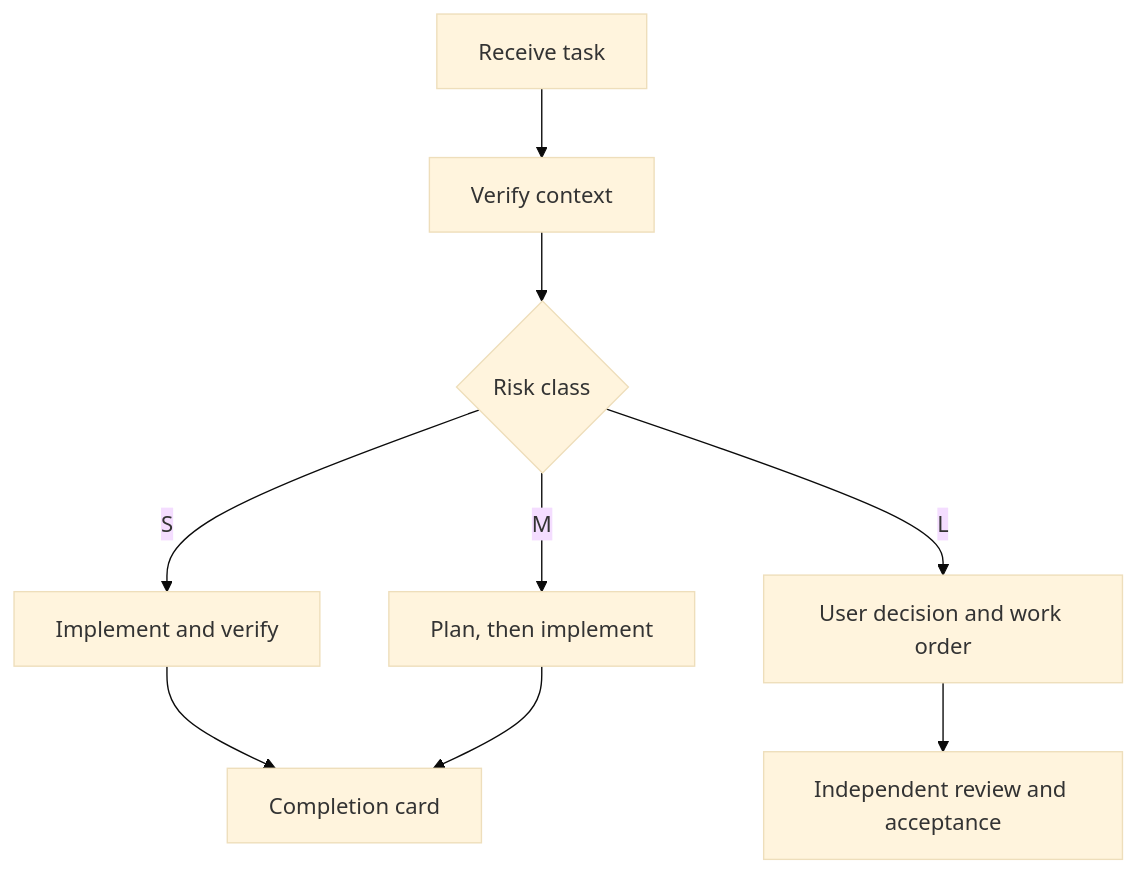
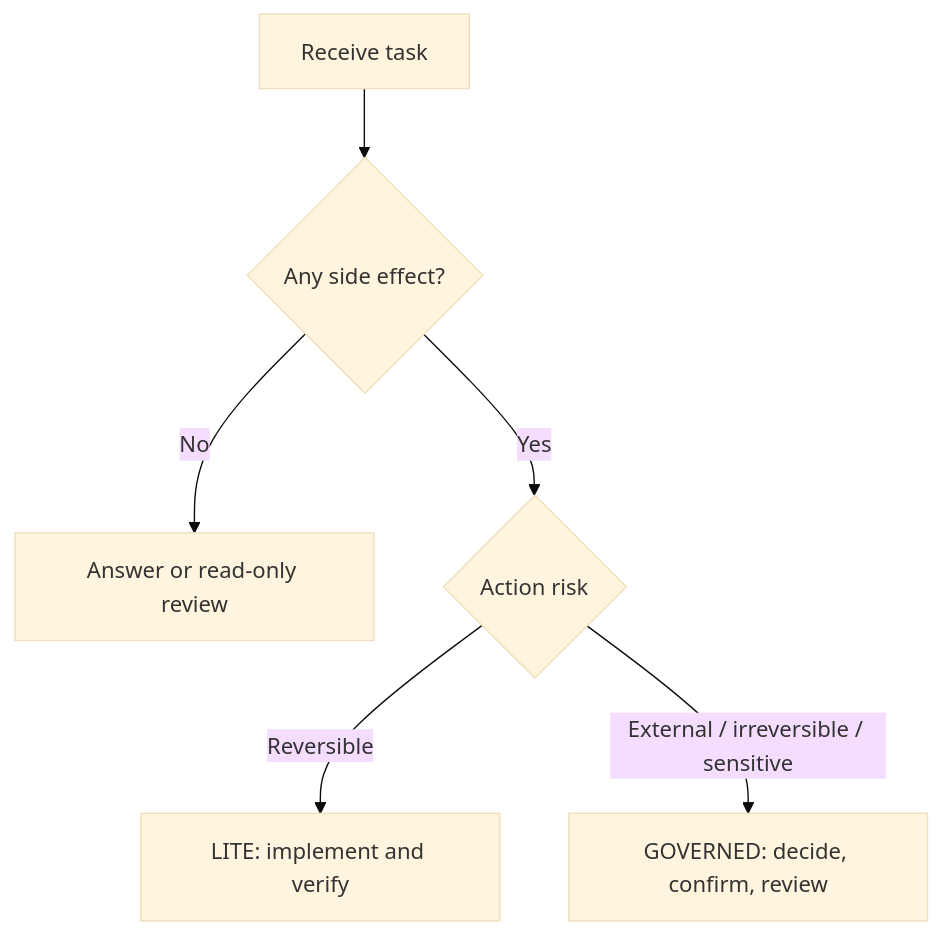
One commit to Ray111351/universal-agent-workflow-starter changed the diagram in README.en.md. Above: the diagram before and after it, drawn with Mermaid (base theme). The commit also changed other lines of this file and 17 other files, not shown here.

````diff
--- a/README.en.md
+++ b/README.en.md
@@ -33,11 +51,8 @@
 ```mermaid
 flowchart TD
-    A["Receive task"] --> B["Verify context"]
-    B --> C{"Risk class"}
-    C -->|S| D["Implement and verify"]
-    C -->|M| E["Plan, then implement"]
-    C -->|L| F["User decision and work order"]
-    D --> G["Completion card"]
-    E --> G
-    F --> H["Independent review and acceptance"]
+    A["Receive task"] --> B{"Any side effect?"}
+    B -->|No| C["Answer or read-only review"]
+    B -->|Yes| D{"Action risk"}
+    D -->|Reversible| E["LITE: implement and verify"]
+    D -->|External / irreversible / sensitive| F["GOVERNED: decide, confirm, review"]
 ```
````
